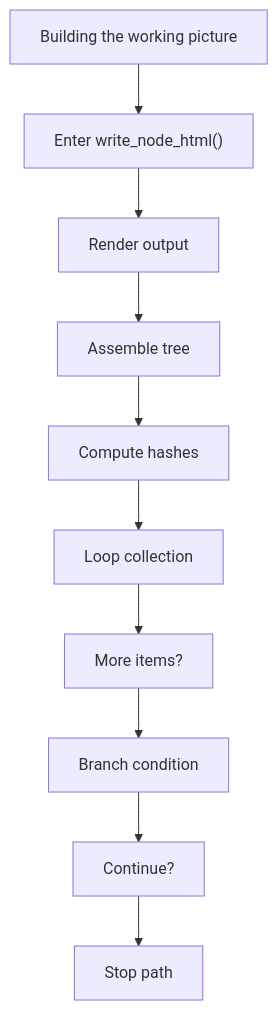
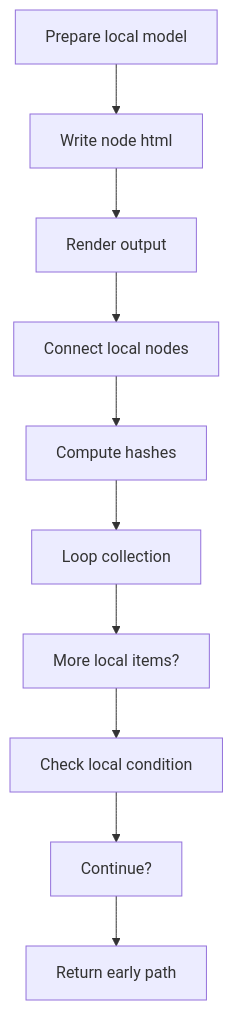
Before and after one commit to JohnAndrewBalbarosa/NeoTerritory: the second of 9 diagrams in docs/Codebase/Microservice/Modules/Source/OutputGeneration/Render/tree_html_renderer.cpp.md, drawn with Mermaid. The commit also changed other lines of this file and 925 other files, not shown here.

````diff
--- a/docs/Codebase/Microservice/Modules/Source/OutputGeneration/Render/tree_html_renderer.cpp.md
+++ b/docs/Codebase/Microservice/Modules/Source/OutputGeneration/Render/tree_html_renderer.cpp.md
@@ -56,22 +55,22 @@
 ```mermaid
 flowchart TD
-    N0["Building the working picture"]
-    N1["Enter write_node_html()"]
+    N0["Prepare local model"]
+    N1["Write node html"]
     N2["Render output"]
-    N3["Assemble tree"]
+    N3["Connect local nodes"]
     N4["Compute hashes"]
     N5["Loop collection"]
-    N6["More items?"]
-    N7["Branch condition"]
+    N6["More local items?"]
+    N7["Check local condition"]
     N8["Continue?"]
-    N9["Stop path"]
+    N9["Return early path"]
     N0 --> N1
     N1 --> N2
     N2 --> N3
     N3 --> N4
     N4 --> N5
     N5 --> N6
     N6 --> N7
     N7 --> N8
     N8 --> N9
 ```
````
